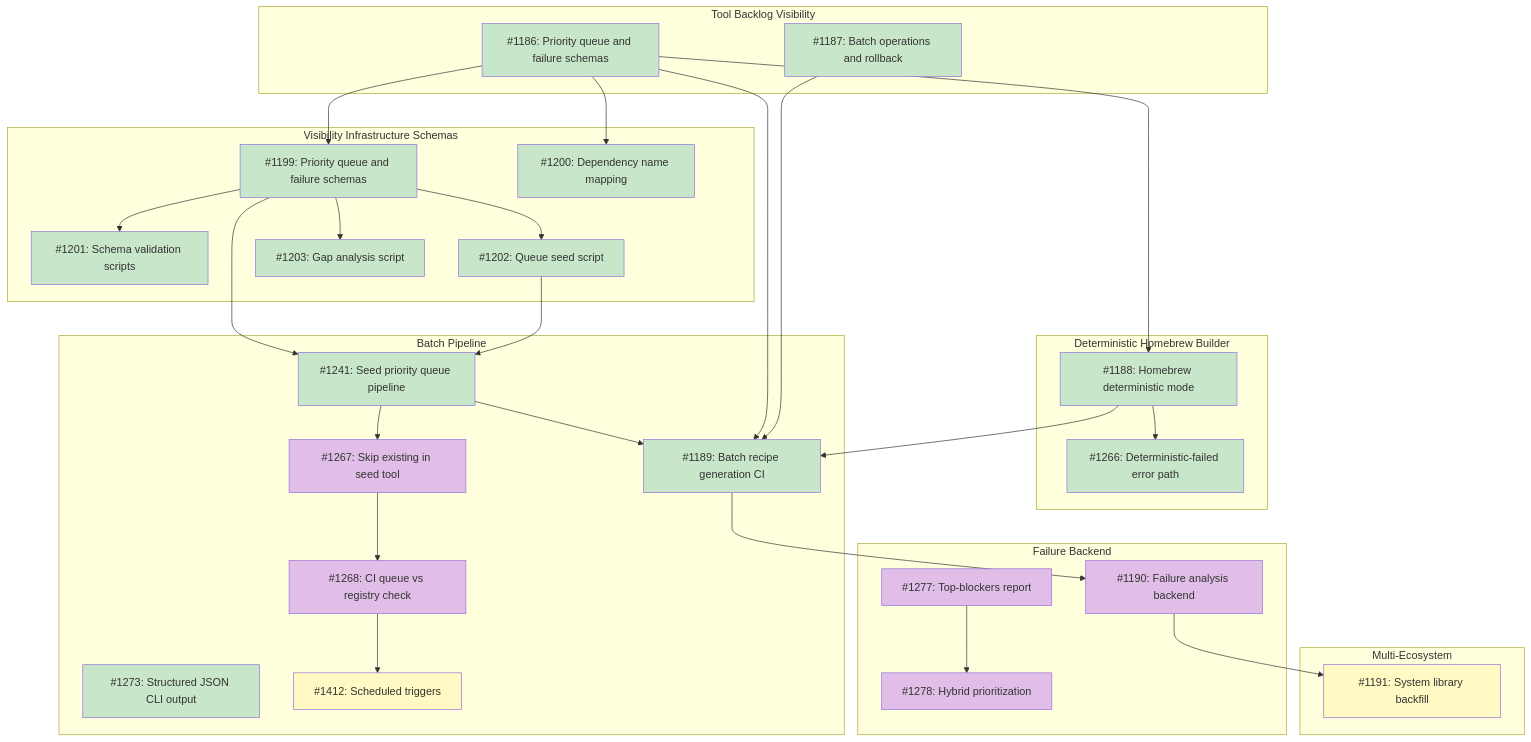
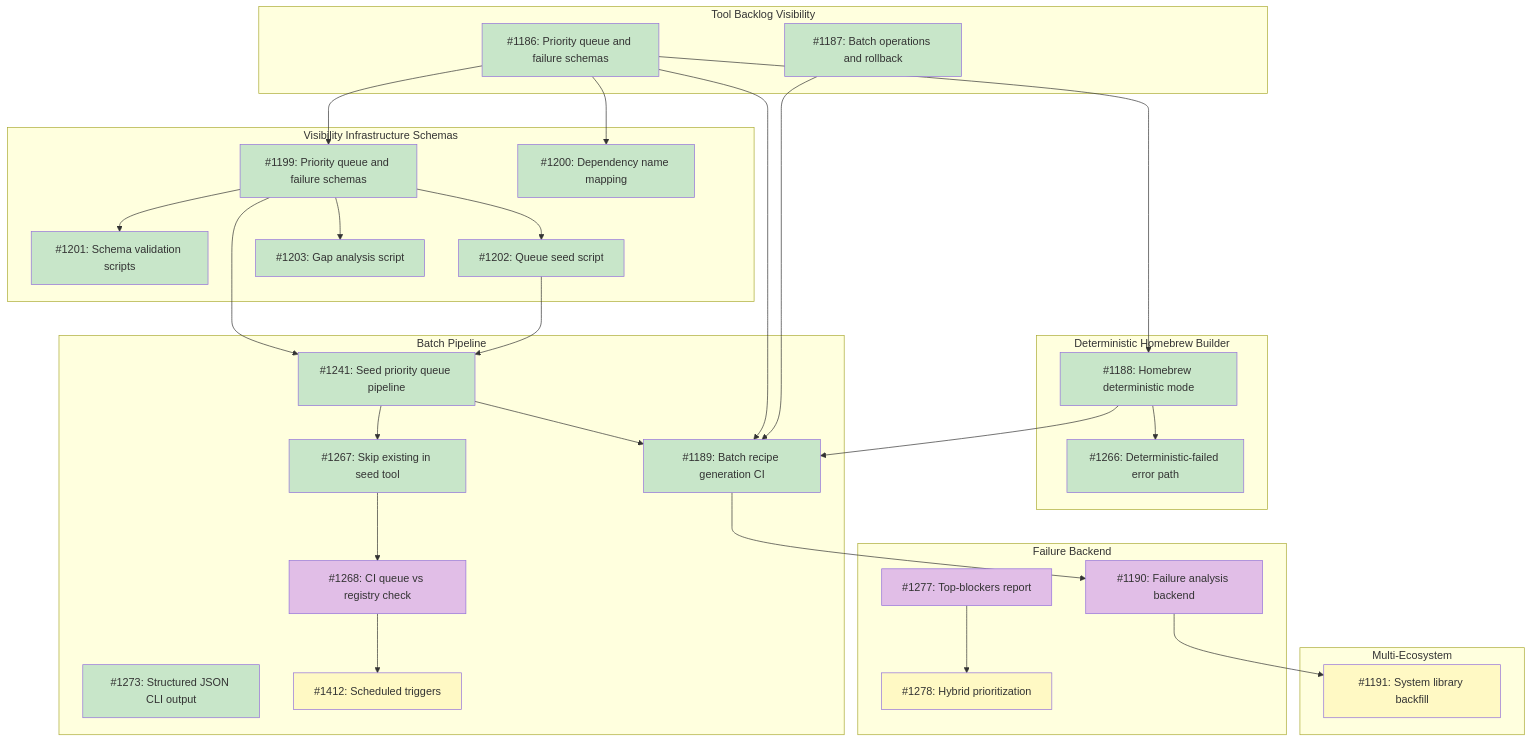
The diagram in docs/designs/DESIGN-registry-scale-strategy.md (tsukumogami/tsuku), drawn with Mermaid before and after one commit. The commit also changed other lines of this file and 3 other files, not shown here.

````diff
--- a/docs/designs/DESIGN-registry-scale-strategy.md
+++ b/docs/designs/DESIGN-registry-scale-strategy.md
@@ -147,13 +147,13 @@
     class I1203 done
     class I1241 done
     class I1189 done
-    class I1267 needsDesign
+    class I1267 done
     class I1268 needsDesign
     class I1273 done
     class I1266 done
     class I1190 needsDesign
     class I1277 needsDesign
-    class I1278 needsDesign
+    class I1278 blocked
     class I1412 blocked
     class I1191 blocked
 ```
````
